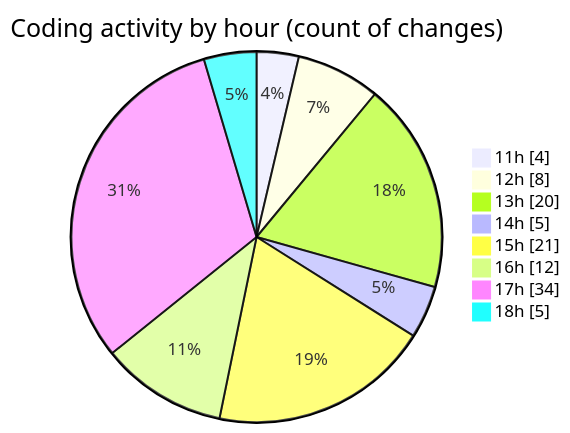
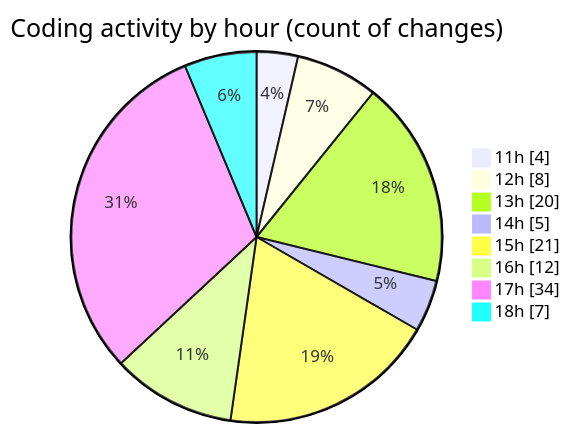
The second of 2 diagrams in 2025-08-07/cda/README.md (momahboobian/code-tracking), drawn with Mermaid before and after one commit. The commit also changed other lines of this file and 1 other file, not shown here.

````diff
--- a/2025-08-07/cda/README.md
+++ b/2025-08-07/cda/README.md
@@ -31,12 +31,12 @@
 ```mermaid
 pie showData
 title Coding activity by hour (count of changes)
 "11h" : 4
 "12h" : 8
 "13h" : 20
 "14h" : 5
 "15h" : 21
 "16h" : 12
 "17h" : 34
-"18h" : 5
+"18h" : 7
 ```
````
